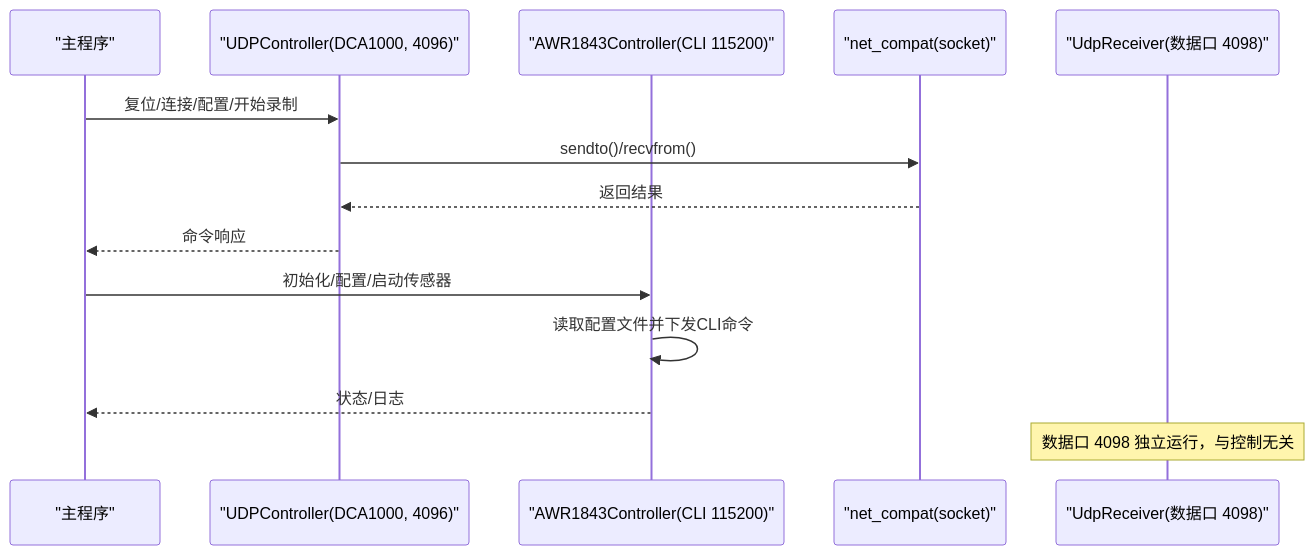
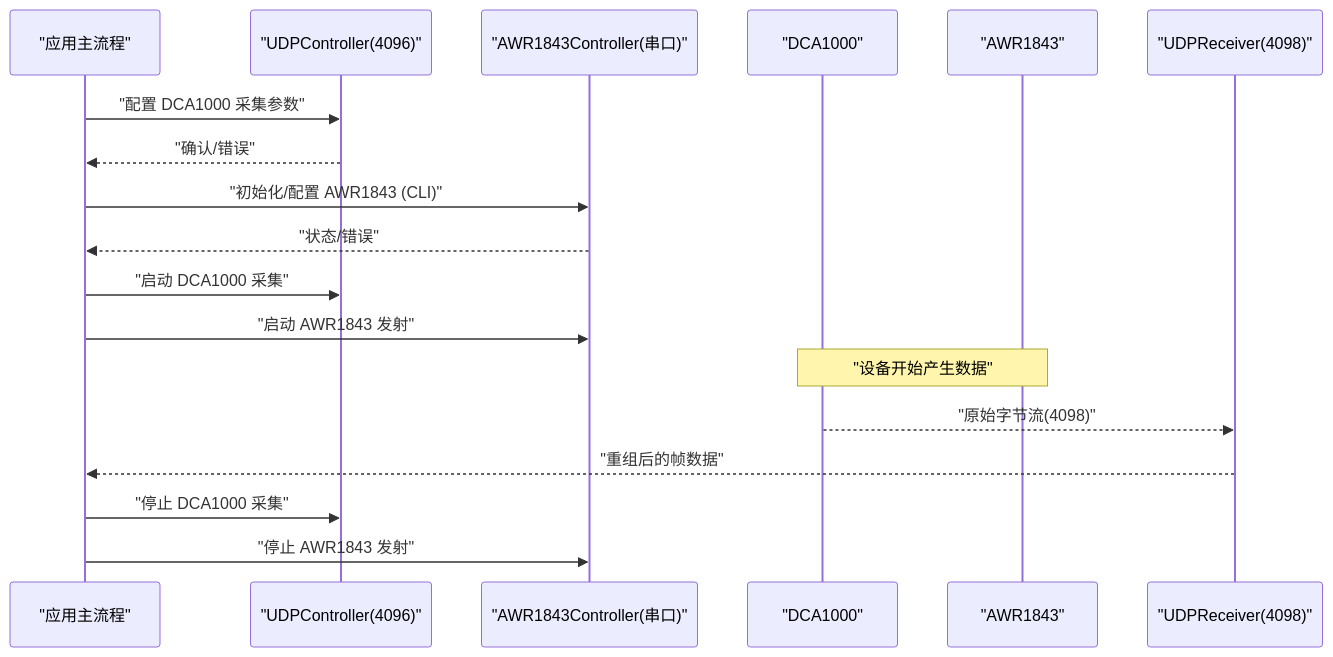
Before and after one commit to Lukad77/awr1843-radar-toolkit: the second of 7 diagrams in .qoder/repowiki/zh/content/雷达与 DCA1000 设备控制/雷达与 DCA1000 设备控制.md, drawn with Mermaid. The commit also changed other lines of this file and 106 other files, not shown here.

````diff
--- a/.qoder/repowiki/zh/content/雷达与 DCA1000 设备控制/雷达与 DCA1000 设备控制.md
+++ b/.qoder/repowiki/zh/content/雷达与 DCA1000 设备控制/雷达与 DCA1000 设备控制.md
@@ -99,16 +89,20 @@
 ```mermaid
 sequenceDiagram
-participant Main as "主程序"
-participant DCA as "UDPController(DCA1000, 4096)"
-participant Radar as "AWR1843Controller(CLI 115200)"
-participant Net as "net_compat(socket)"
-participant RX as "UdpReceiver(数据口 4098)"
-Main->>DCA : 复位/连接/配置/开始录制
-DCA->>Net : sendto()/recvfrom()
-Net-->>DCA : 返回结果
-DCA-->>Main : 命令响应
-Main->>Radar : 初始化/配置/启动传感器
-Radar->>Radar : 读取配置文件并下发CLI命令
-Radar-->>Main : 状态/日志
-Note over RX : 数据口 4098 独立运行，与控制无关
+participant App as "应用主流程"
+participant CtrlDCA as "UDPController(4096)"
+participant CtrlAWR as "AWR1843Controller(串口)"
+participant DCA as "DCA1000"
+participant AWR as "AWR1843"
+participant Rx as "UDPReceiver(4098)"
+App->>CtrlDCA : "配置 DCA1000 采集参数"
+CtrlDCA-->>App : "确认/错误"
+App->>CtrlAWR : "初始化/配置 AWR1843 (CLI)"
+CtrlAWR-->>App : "状态/错误"
+App->>CtrlDCA : "启动 DCA1000 采集"
+App->>CtrlAWR : "启动 AWR1843 发射"
+Note over DCA,AWR : "设备开始产生数据"
+DCA-->>Rx : "原始字节流(4098)"
+Rx-->>App : "重组后的帧数据"
+App->>CtrlDCA : "停止 DCA1000 采集"
+App->>CtrlAWR : "停止 AWR1843 发射"
 ```
````
